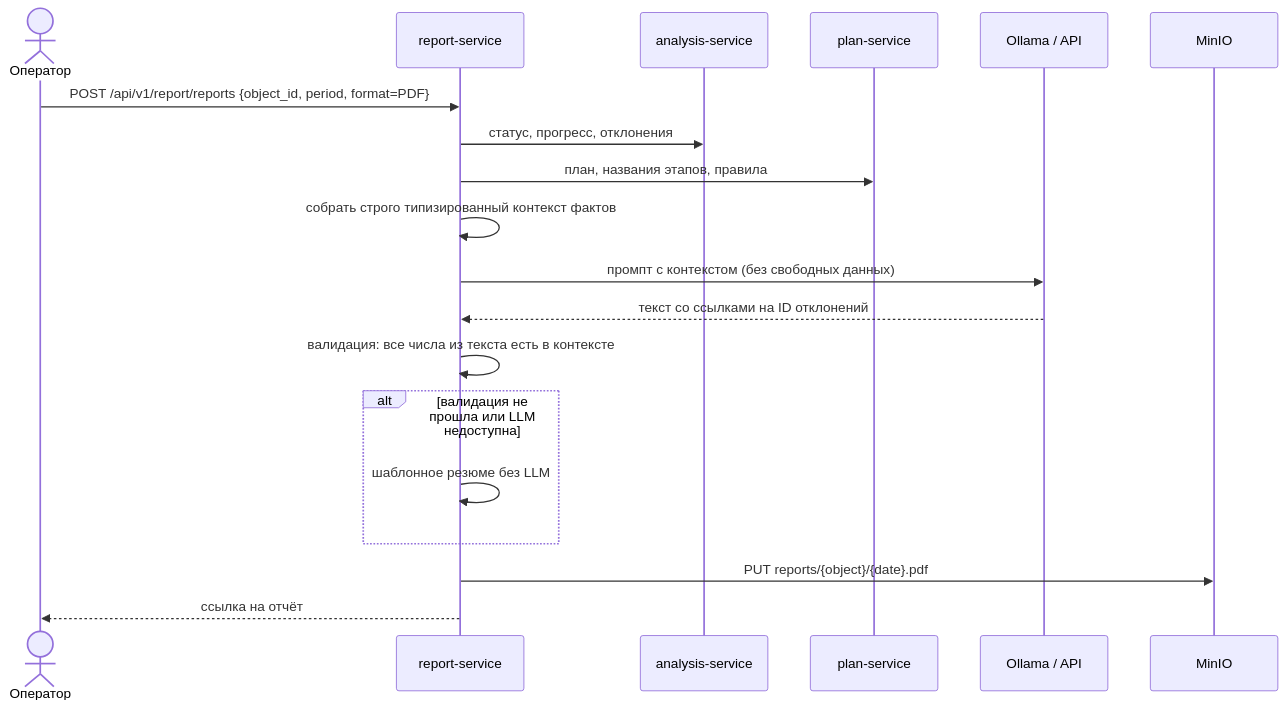
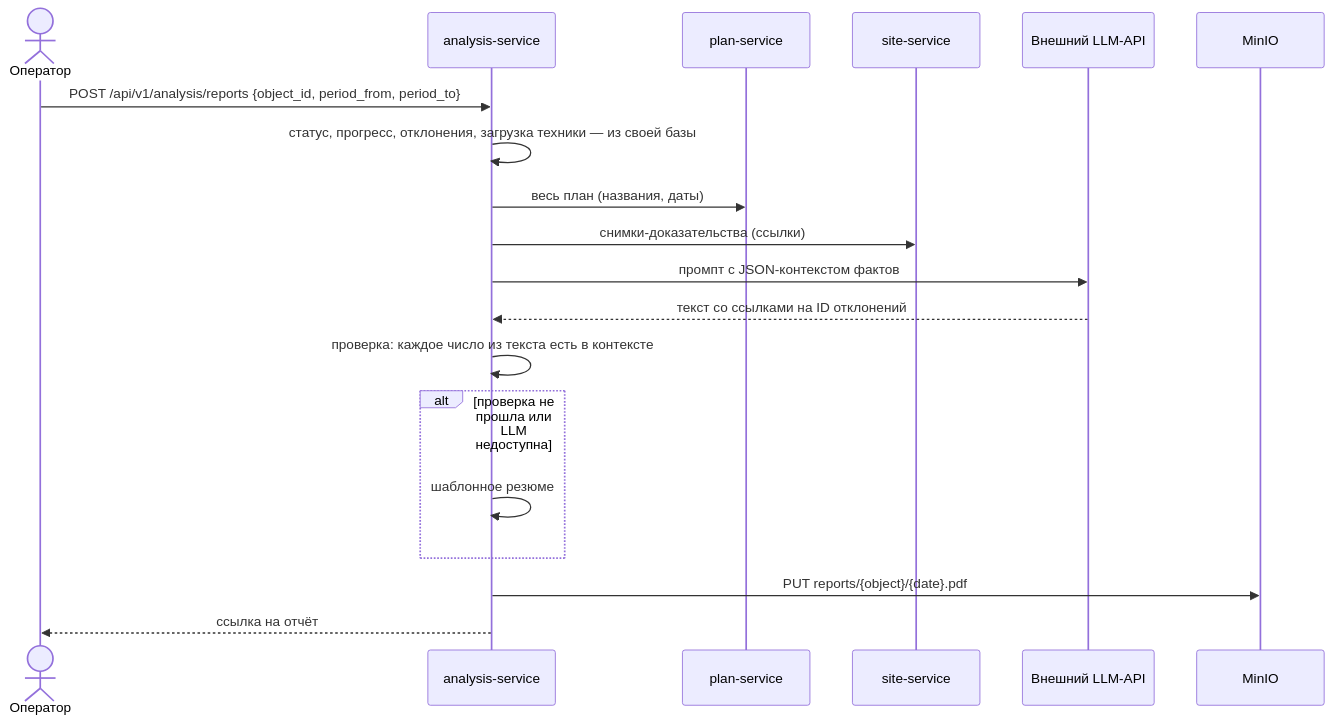
The fifth of 5 diagrams in docs/architecture.md (cerXXXX/ConstructionSupervision), drawn with Mermaid before and after one commit. The commit also changed other lines of this file and 45 other files, not shown here.

````diff
--- a/docs/architecture.md
+++ b/docs/architecture.md
@@ -197,22 +210,22 @@
 ```mermaid
 sequenceDiagram
     actor U as Оператор
-    participant RP as report-service
     participant AN as analysis-service
     participant PL as plan-service
-    participant LLM as Ollama / API
+    participant ST as site-service
+    participant LLM as Внешний LLM-API
     participant S3 as MinIO
 
-    U->>RP: POST /api/v1/report/reports {object_id, period, format=PDF}
-    RP->>AN: статус, прогресс, отклонения
-    RP->>PL: план, названия этапов, правила
-    RP->>RP: собрать строго типизированный контекст фактов
-    RP->>LLM: промпт с контекстом (без свободных данных)
-    LLM-->>RP: текст со ссылками на ID отклонений
-    RP->>RP: валидация: все числа из текста есть в контексте
-    alt валидация не прошла или LLM недоступна
-        RP->>RP: шаблонное резюме без LLM
+    U->>AN: POST /api/v1/analysis/reports {object_id, period_from, period_to}
+    AN->>AN: статус, прогресс, отклонения, загрузка техники — из своей базы
+    AN->>PL: весь план (названия, даты)
+    AN->>ST: снимки-доказательства (ссылки)
+    AN->>LLM: промпт с JSON-контекстом фактов
+    LLM-->>AN: текст со ссылками на ID отклонений
+    AN->>AN: проверка: каждое число из текста есть в контексте
+    alt проверка не прошла или LLM недоступна
+        AN->>AN: шаблонное резюме
     end
-    RP->>S3: PUT reports/{object}/{date}.pdf
-    RP-->>U: ссылка на отчёт
+    AN->>S3: PUT reports/{object}/{date}.pdf
+    AN-->>U: ссылка на отчёт
 ```
````
